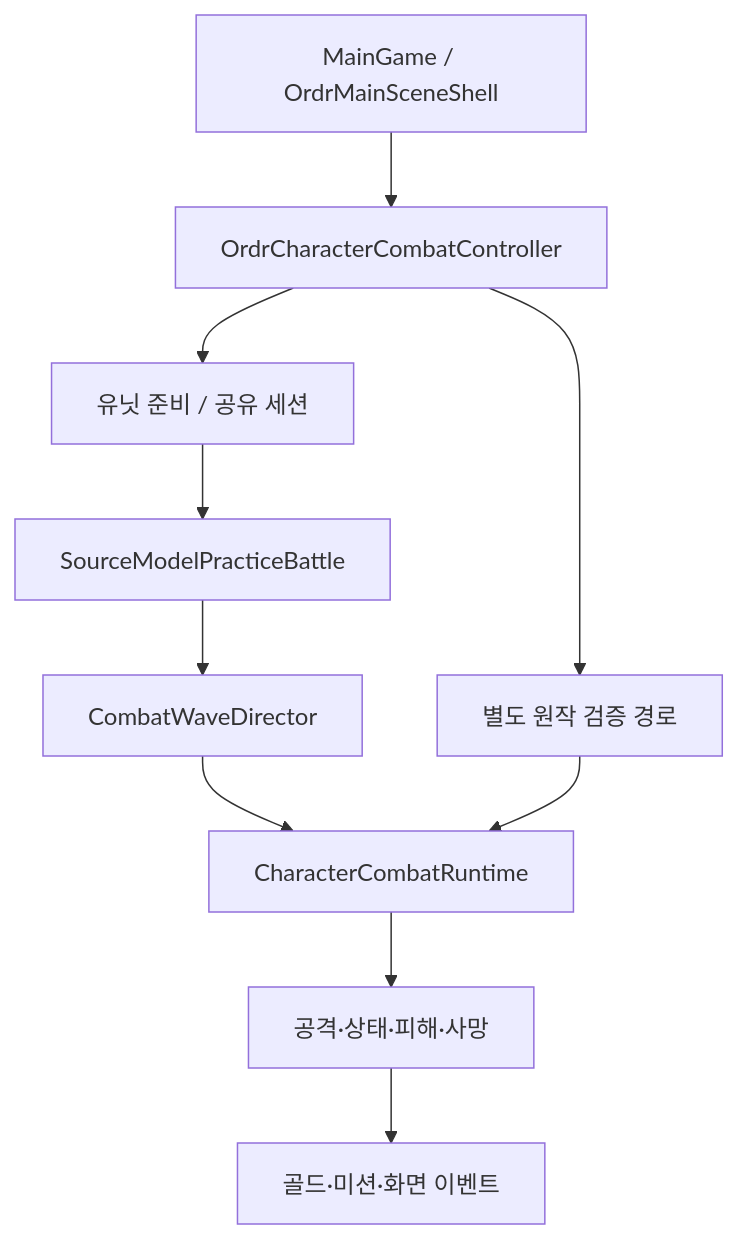
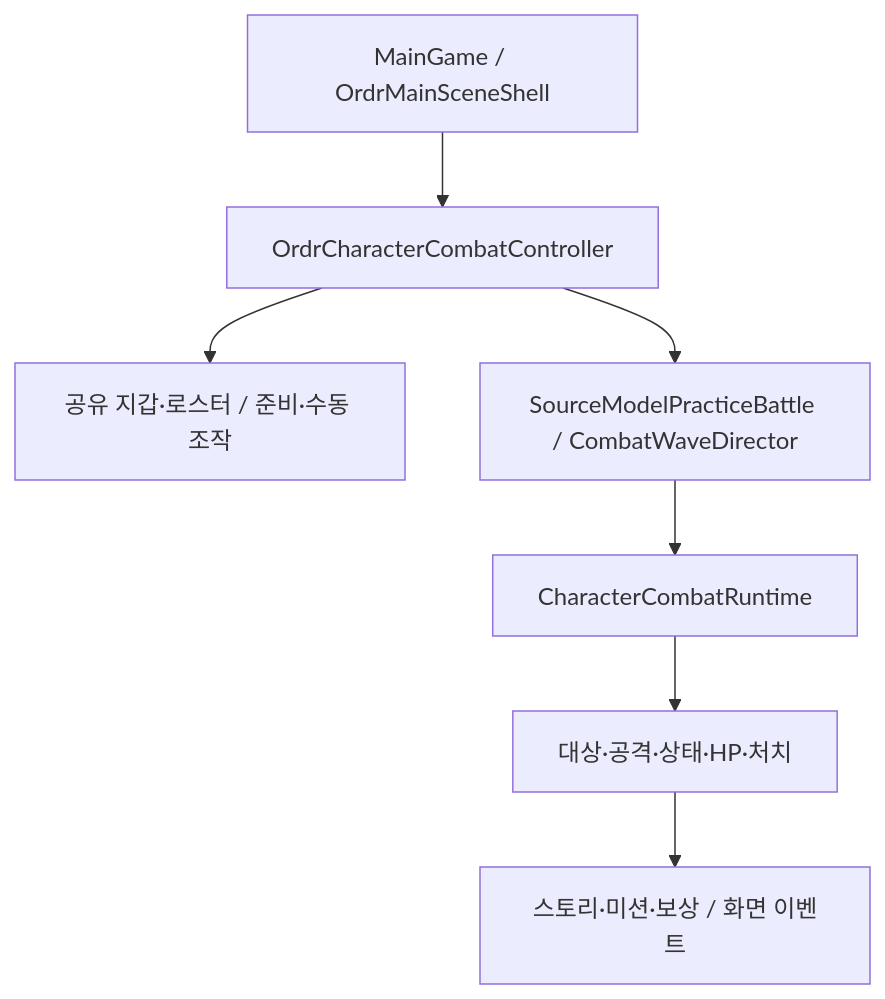
Before and after one commit to cuteu2474-a11y/ordr-unity-mobile: the diagram in docs/CODE_MAP.md, drawn with Mermaid. The commit also changed other lines of this file and 21 other files, not shown here.

````diff
--- a/docs/CODE_MAP.md
+++ b/docs/CODE_MAP.md
@@ -525,12 +7,9 @@
 ```mermaid
 flowchart TD
-    A["MainGame / OrdrMainSceneShell"] --> B["OrdrCharacterCombatController"]
-    B --> C["유닛 준비 / 공유 세션"]
-    C --> D["SourceModelPracticeBattle"]
-    D --> E["CombatWaveDirector"]
-    E --> F["CharacterCombatRuntime"]
-    F --> G["공격·상태·피해·사망"]
-    G --> H["골드·미션·화면 이벤트"]
-    B --> I["별도 원작 검증 경로"]
-    I --> F
+  A["MainGame / OrdrMainSceneShell"] --> B["OrdrCharacterCombatController"]
+  B --> C["공유 지갑·로스터 / 준비·수동 조작"]
+  B --> D["SourceModelPracticeBattle / CombatWaveDirector"]
+  D --> E["CharacterCombatRuntime"]
+  E --> F["대상·공격·상태·HP·처치"]
+  F --> G["스토리·미션·보상 / 화면 이벤트"]
 ```
````
